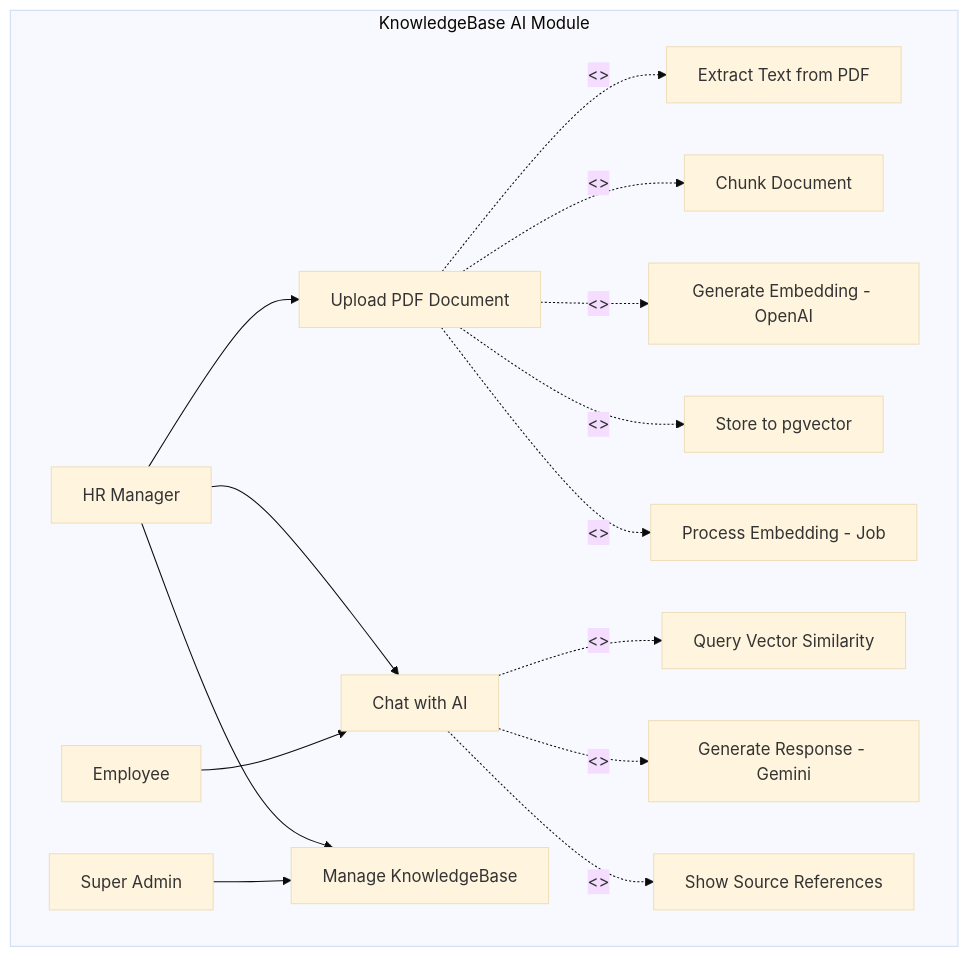
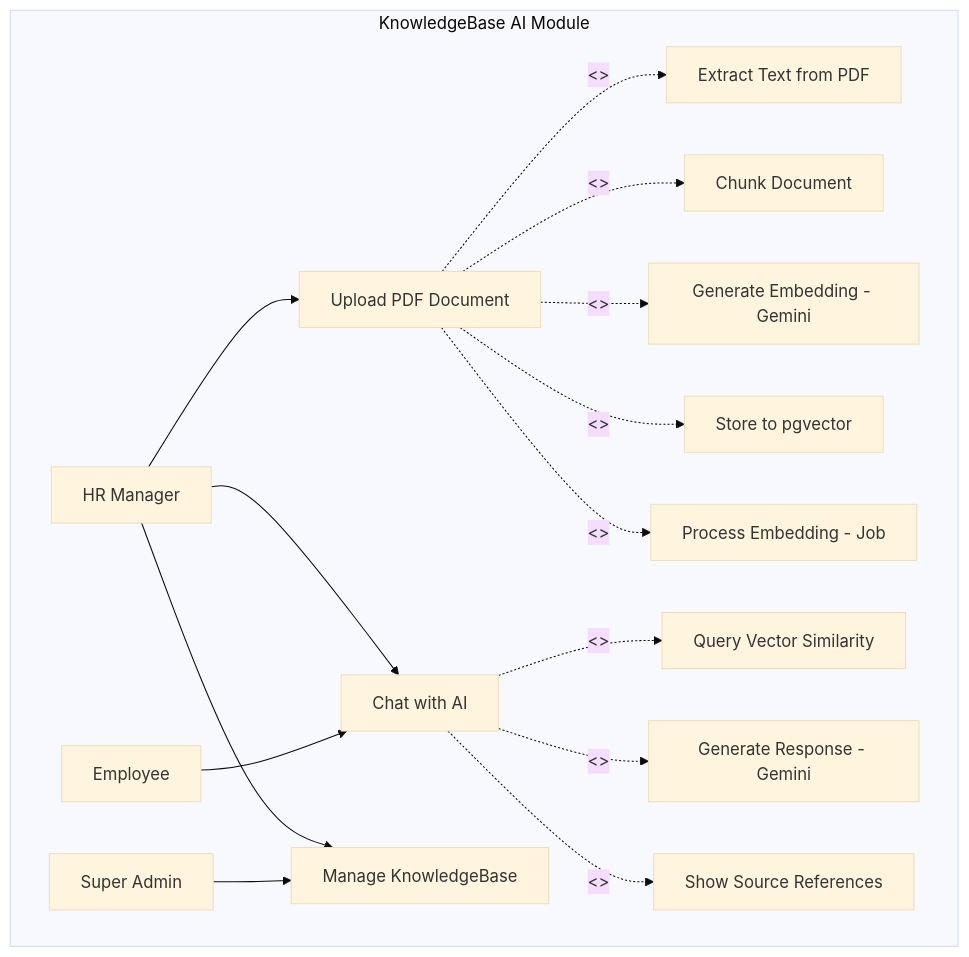
Before and after one commit to Merger2/hrconnect: the fifth of 6 diagrams in docs/architecture/use-case-diagram.md, drawn with Mermaid (base theme). The commit also changed other lines of this file and 23 other files, not shown here.

````diff
--- a/docs/architecture/use-case-diagram.md
+++ b/docs/architecture/use-case-diagram.md
@@ -331,37 +331,37 @@
 ```mermaid
 graph TD
     subgraph KnowledgeBase AI Module
         HR[HR Manager]
         E[Employee]
         SA[Super Admin]
         
         UC1[Upload PDF Document]
         UC2[Extract Text from PDF]
         UC3[Chunk Document]
-        UC4[Generate Embedding - OpenAI]
+        UC4[Generate Embedding - Gemini]
         UC5[Store to pgvector]
         UC6[Chat with AI]
         UC7[Query Vector Similarity]
         UC8[Generate Response - Gemini]
         UC9[Show Source References]
         UC10[Manage KnowledgeBase]
         UC11[Process Embedding - Job]
         
         UC1 -.->|<<include>>| UC2
         UC1 -.->|<<include>>| UC3
         UC1 -.->|<<include>>| UC4
         UC1 -.->|<<include>>| UC5
         UC1 -.->|<<include>>| UC11
         UC6 -.->|<<include>>| UC7
         UC6 -.->|<<include>>| UC8
         UC6 -.->|<<include>>| UC9
         
         HR --> UC1
         HR --> UC10
         HR --> UC6
         
         E --> UC6
         
         SA --> UC10
     end
 ```
````
